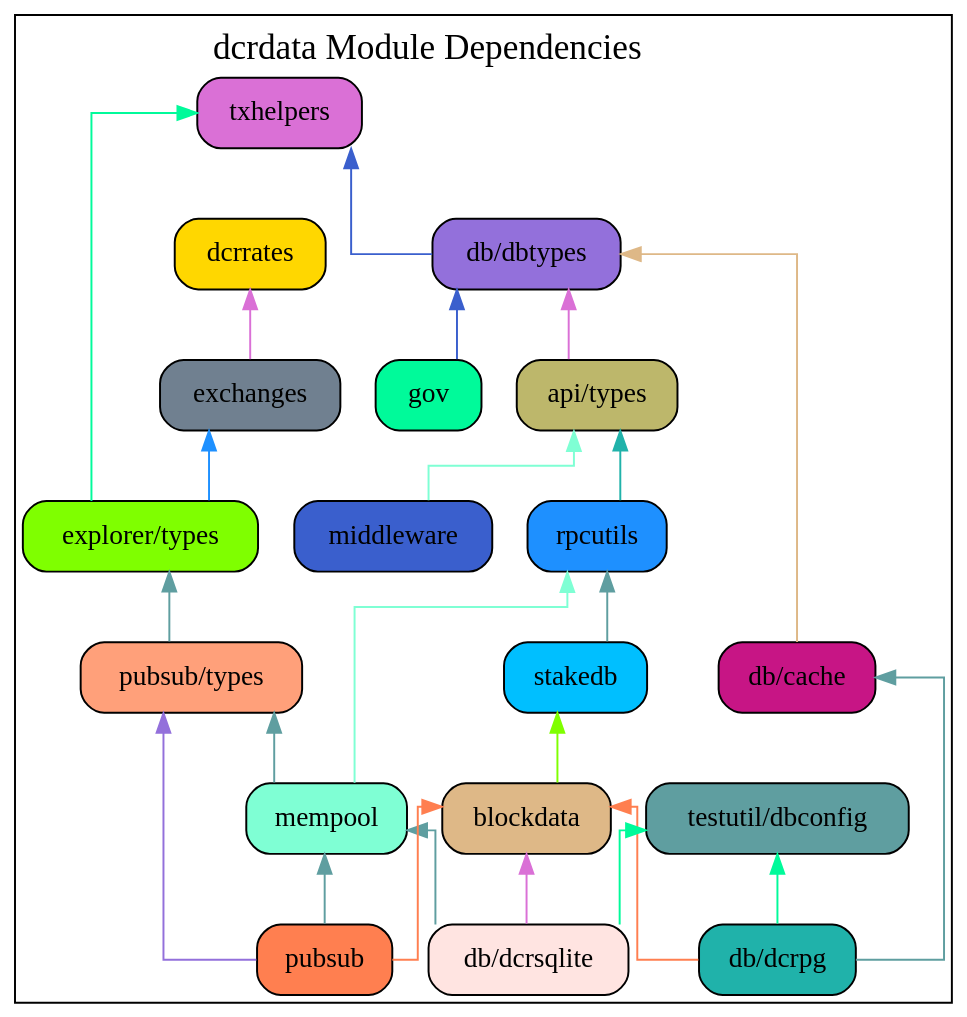
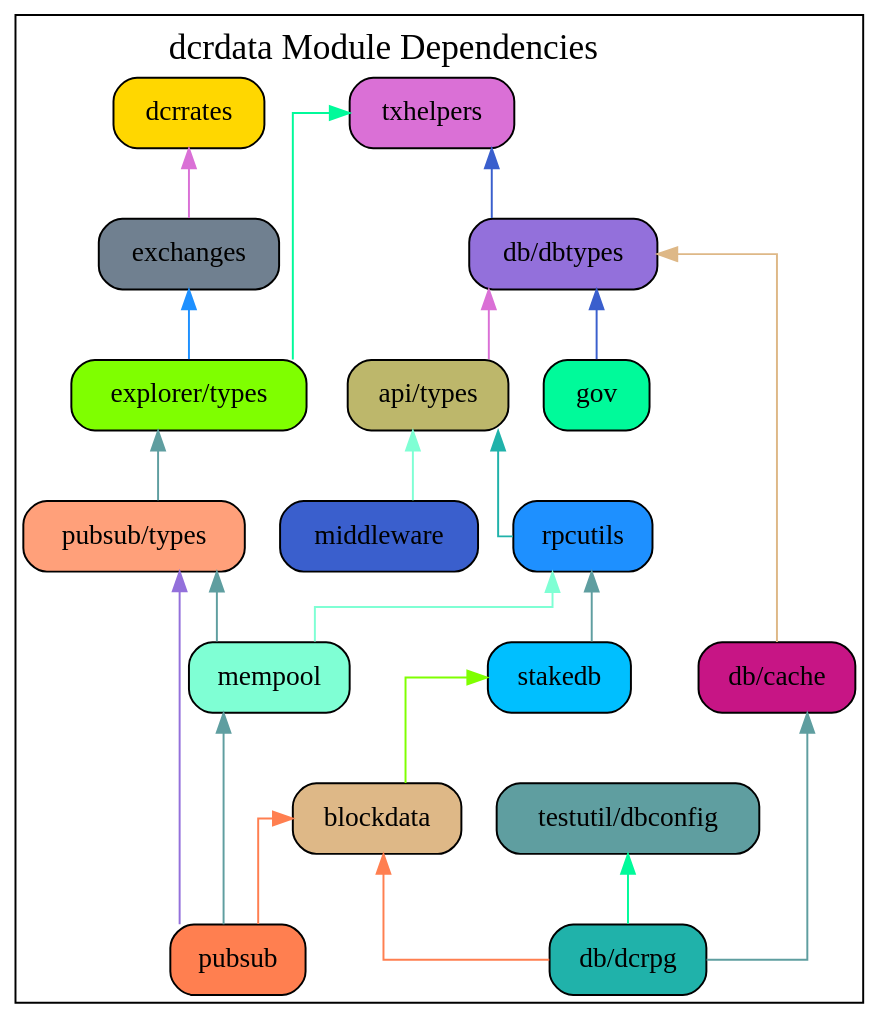
The diagram in docs/modules.gv (decred/dcrdata), drawn with Graphviz before and after one commit. The commit also changed 29 other files, not shown here.

```diff
--- a/docs/modules.gv
+++ b/docs/modules.gv
@@ -1,99 +1,88 @@
 digraph {
 	graph [splines=ortho colorscheme=svg label=<dcrdata Module Dependencies> labelloc=t fontsize=18.0]
 	node [shape=box style="filled, rounded"]
 
 	apitypes [label="api/types" fillcolor=darkkhaki]
 	mempool [label="mempool" fillcolor=aquamarine]
 	pubsub [label="pubsub" fillcolor=coral]
 	pubsubtypes [label="pubsub/types" fillcolor=lightsalmon]
 	//semver [label="semver" fillcolor=cadetblue]
-	dcrsqlite [label="db/dcrsqlite" fillcolor=mistyrose]
 	dbtypes [label="db/dbtypes" fillcolor=mediumpurple]
 	dcrpg [label="db/dcrpg" fillcolor=lightseagreen]
 	dbcache [label="db/cache" fillcolor=mediumvioletred]
 	blockdata [label="blockdata" fillcolor=burlywood]
 	rpcutils [label="rpcutils" fillcolor=dodgerblue]
 	stakedb [label="stakedb" fillcolor=deepskyblue]
 	gov [label="gov" fillcolor=mediumspringgreen]
 	dcrrates [label="dcrrates" fillcolor=gold]
 	txhelpers [label="txhelpers" fillcolor=orchid]
 	exchanges [label="exchanges" fillcolor=slategray]
 	exptypes [label="explorer/types" fillcolor=chartreuse]
 	middleware  [label="middleware" fillcolor=royalblue3]
 	dbconfig [label="testutil/dbconfig" fillcolor=cadetblue]
 	//dcrdata [label="dcrdata" fillcolor=chocolate]
 
 	//{rank=min txhelpers}
-	//{rank=max dcrsqlite dcrpg pubsub}
+	//{rank=max dcrpg pubsub}
 	//{rank=same rpcutils middleware}
 
 	apitypes -> middleware [dir=back color=aquamarine]
 	//apitypes -> dcrpg [dir=back color=coral]
 	blockdata -> dcrpg [dir=back color=coral]
 	dbcache -> dcrpg [dir=back color=cadetblue]
 	//dbtypes -> dcrpg [dir=back color=aquamarine]
 	//rpcutils -> dcrpg [dir=back color=cadetblue]
 	//semver -> dcrpg [dir=back color=mediumpurple]
 	//stakedb -> dcrpg [dir=back color=lightseagreen]
 	//txhelpers -> dcrpg [dir=back color=mediumvioletred]
 	dbconfig -> dcrpg [dir=back color=mediumspringgreen]
 	//apitypes -> dbcache [dir=back color=burlywood]
 	dbtypes -> dbcache [dir=back color=burlywood]
 	exchanges -> exptypes [dir=back color=dodgerblue]
 	txhelpers -> exptypes [dir=back color=mediumspringgreen]
 	//apitypes -> blockdata [dir=back color=bisque]
 	//dbtypes -> blockdata [dir=back color=gold]
 	stakedb -> blockdata [dir=back color=chartreuse]
 	//txhelpers -> blockdata [dir=back color=royalblue3]
 	dcrrates -> exchanges [dir=back color=orchid]
 	dbtypes -> apitypes [dir=back color=orchid]
 	//txhelpers -> apitypes [dir=back color=aquamarine]
 	//apitypes -> stakedb [dir=back color=coral]
 	rpcutils -> stakedb [dir=back color=cadetblue]
 	//txhelpers -> stakedb [dir=back color=aquamarine]
 	txhelpers -> dbtypes [dir=back color=royalblue3]
-	//apitypes -> dcrsqlite [dir=back color=orchid]
-	blockdata -> dcrsqlite [dir=back color=orchid]
-	//dbtypes -> dcrsqlite [dir=back color=indianred]
-	//exptypes -> dcrsqlite [dir=back color=coral]
-	mempool -> dcrsqlite [dir=back color=cadetblue]
-	//rpcutils -> dcrsqlite [dir=back color=aquamarine]
-	//stakedb -> dcrsqlite [dir=back color=cadetblue]
-	//txhelpers -> dcrsqlite [dir=back color=dodgerblue]
-	dbconfig -> dcrsqlite [dir=back color=mediumspringgreen]
 	//semver -> txhelpers [dir=back color=slategray]
 	//apitypes -> mempool [dir=back color=orchid]
 	//dbtypes -> mempool [dir=back color=orchid]
 	//exptypes -> mempool [dir=back color=coral]
 	pubsubtypes -> mempool [dir=back color=cadetblue]
 	rpcutils -> mempool [dir=back color=aquamarine]
 	//txhelpers -> mempool [dir=back color=cadetblue]
 	apitypes ->  rpcutils [dir=back color=lightseagreen]
 	//semver -> rpcutils [dir=back color=burlywood]
 	//txhelpers -> rpcutils [dir=back color=burlywood]
 	dbtypes -> gov [dir=back color=royalblue3]
 	exptypes -> pubsubtypes [dir=back color=cadetblue]
 	blockdata -> pubsub [dir=back color=coral]
 	//dbtypes -> pubsub [dir=back color=cadetblue]
 	//exptypes -> pubsub [dir=back color=aquamarine]
 	mempool -> pubsub [dir=back color=cadetblue]
 	pubsubtypes -> pubsub [dir=back color=mediumpurple]
 	//txhelpers ->  pubsub [dir=back color=lightseagreen]
 
 	// apitypes -> dcrdata [dir=back color=darkolivegreen2]
 	// blockdata -> dcrdata [dir=back color=slategray]
 	// dbtypes -> dcrdata [dir=back color=darkkhaki]
 	// dcrpg -> dcrdata [dir=back color=lightsalmon]
-	// dcrsqlite -> dcrdata [dir=back color=deepskyblue]
 	// exchanges -> dcrdata [dir=back color=mistyrose]
 	// exptypes -> dcrdata [dir=back color=mediumseagreen]
 	// gov -> dcrdata [dir=back color=khaki]
 	// mempool -> dcrdata [dir=back color=deepskyblue]
 	// middleware -> dcrdata [dir=back color=mistyrose]
 	// pubsub -> dcrdata [dir=back color=mediumseagreen]
 	// pubsubtypes -> dcrdata [dir=back color=khaki]
 	// rpcutils -> dcrdata [dir=back color=deepskyblue]
 	// //semver -> dcrdata [dir=back color=mistyrose]
 	// stakedb -> dcrdata [dir=back color=mediumseagreen]
 	// txhelpers -> dcrdata [dir=back color=khaki]
 }
```
